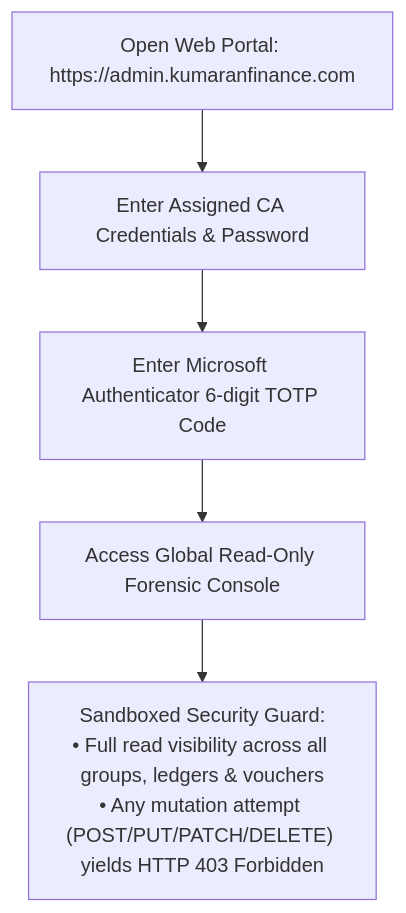
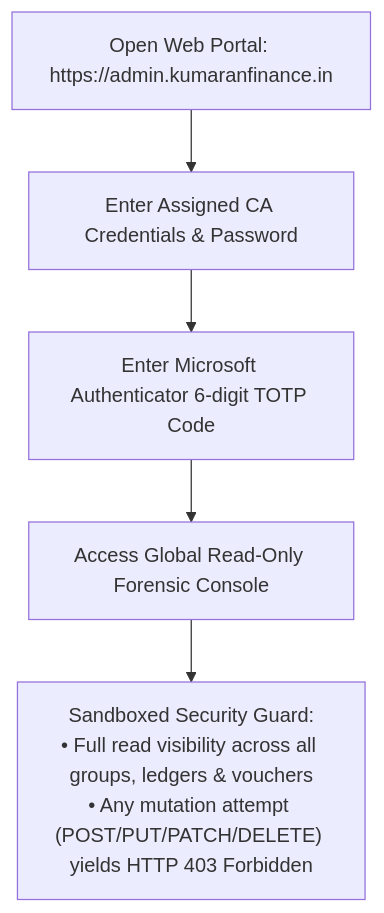
Before and after one commit to Kathir-24/Kumaran-finance: the second of 9 diagrams in docs/07-operations/user-manuals/auditor-portal-manual.md, drawn with Mermaid. The commit also changed other lines of this file and 26 other files, not shown here.

First line of the commit message:
fix(domain): update official domain from kumaranfinance.com to kumaranfinance.in across codebase

````diff
--- a/docs/07-operations/user-manuals/auditor-portal-manual.md
+++ b/docs/07-operations/user-manuals/auditor-portal-manual.md
@@ -54,7 +54,7 @@
 ```mermaid
 flowchart TD
-    Visit["Open Web Portal: https://admin.kumaranfinance.com"] --> Creds["Enter Assigned CA Credentials & Password"]
+    Visit["Open Web Portal: https://admin.kumaranfinance.in"] --> Creds["Enter Assigned CA Credentials & Password"]
     Creds --> TOTP["Enter Microsoft Authenticator 6-digit TOTP Code"]
     TOTP --> Console["Access Global Read-Only Forensic Console"]
     Console --> Sandboxed["Sandboxed Security Guard:\n• Full read visibility across all groups, ledgers & vouchers\n• Any mutation attempt (POST/PUT/PATCH/DELETE) yields HTTP 403 Forbidden"]
 ```
````
